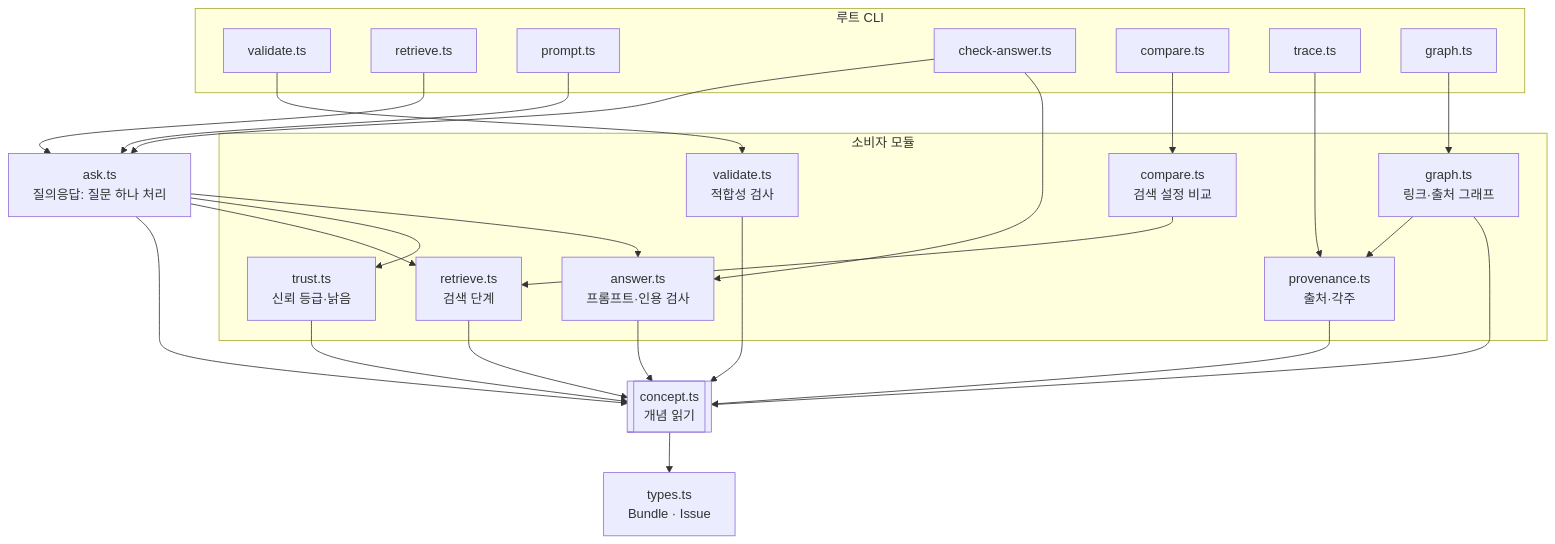
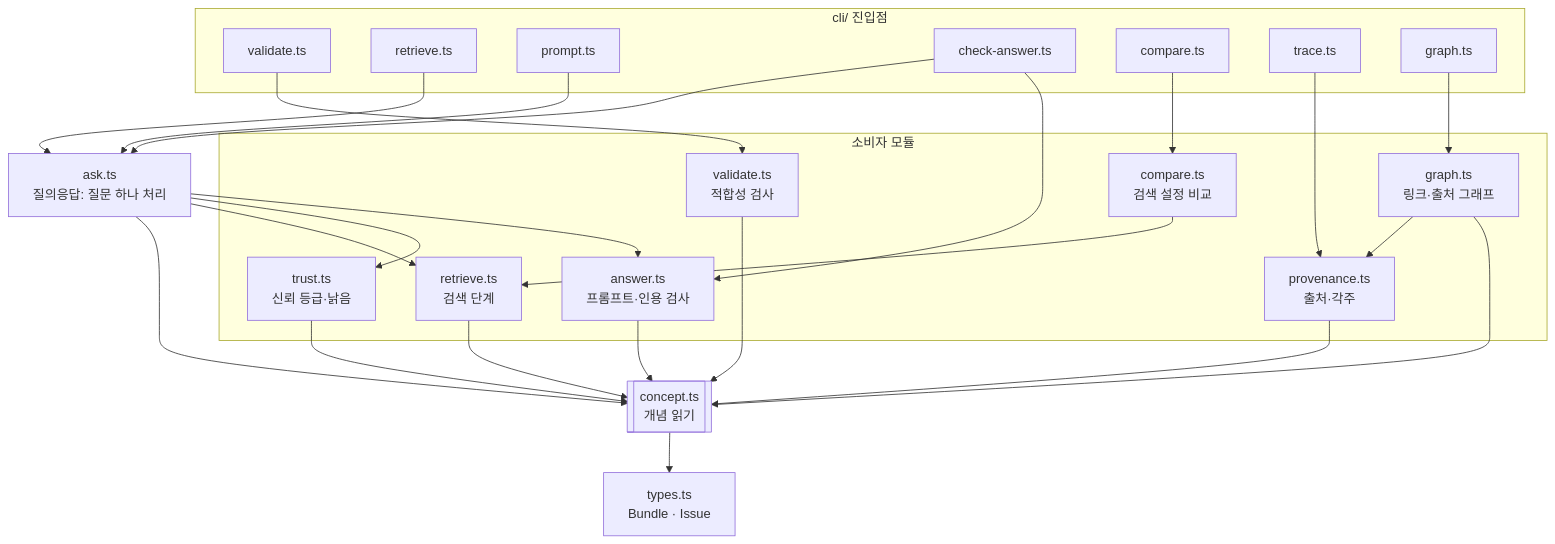
The first of 8 diagrams in docs/okf-modules.md (Junyong34/okf-playbook), drawn with Mermaid before and after one commit. The commit also changed other lines of this file and 28 other files, not shown here.

````diff
--- a/docs/okf-modules.md
+++ b/docs/okf-modules.md
@@ -9,42 +9,42 @@
 ```mermaid
 flowchart TB
-  subgraph cli["루트 CLI"]
+  subgraph cli["cli/ 진입점"]
     c_validate["validate.ts"]
     c_retrieve["retrieve.ts"]
     c_prompt["prompt.ts"]
     c_check["check-answer.ts"]
     c_compare["compare.ts"]
     c_trace["trace.ts"]
     c_graph["graph.ts"]
   end
 
   m_ask["ask.ts<br/>질의응답: 질문 하나 처리"]
 
   subgraph consumers["소비자 모듈"]
     m_validate["validate.ts<br/>적합성 검사"]
     m_retrieve["retrieve.ts<br/>검색 단계"]
     m_answer["answer.ts<br/>프롬프트·인용 검사"]
     m_trust["trust.ts<br/>신뢰 등급·낡음"]
     m_provenance["provenance.ts<br/>출처·각주"]
     m_compare["compare.ts<br/>검색 설정 비교"]
     m_graph["graph.ts<br/>링크·출처 그래프"]
   end
 
   m_concept[["concept.ts<br/>개념 읽기"]]
   m_types["types.ts<br/>Bundle · Issue"]
 
   c_validate --> m_validate
   c_retrieve --> m_ask
   c_prompt --> m_ask
   c_check --> m_ask
   c_check --> m_answer
   c_compare --> m_compare
   c_trace --> m_provenance
   c_graph --> m_graph
 
   m_ask --> m_retrieve & m_trust & m_answer
   m_compare --> m_retrieve
   m_graph --> m_provenance
   m_validate & m_retrieve & m_answer & m_trust & m_provenance & m_graph & m_ask --> m_concept
   m_concept --> m_types
 ```
````
